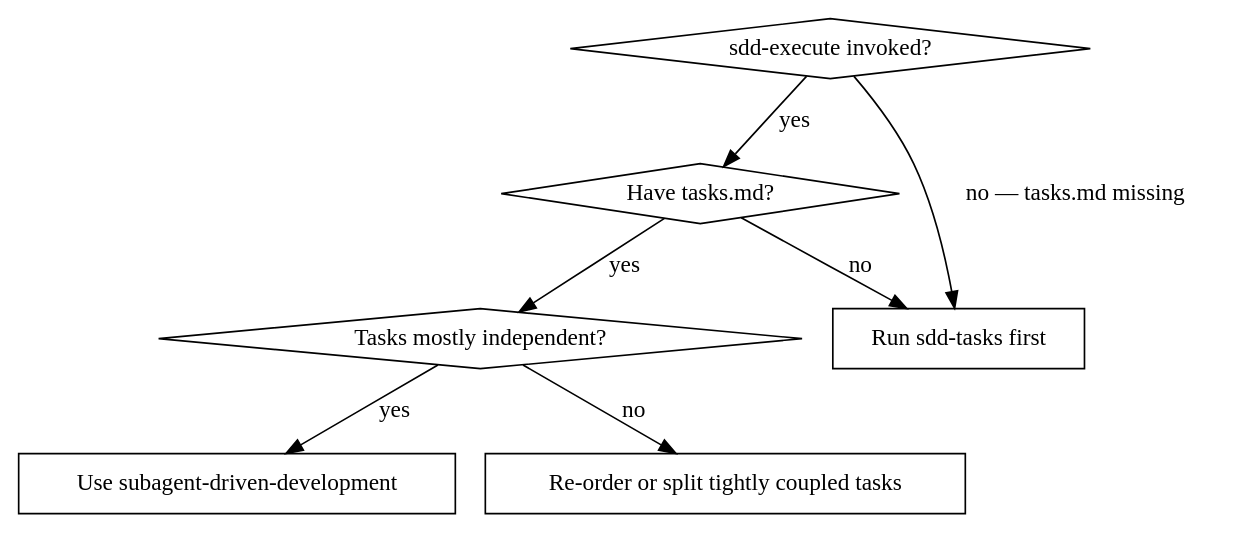
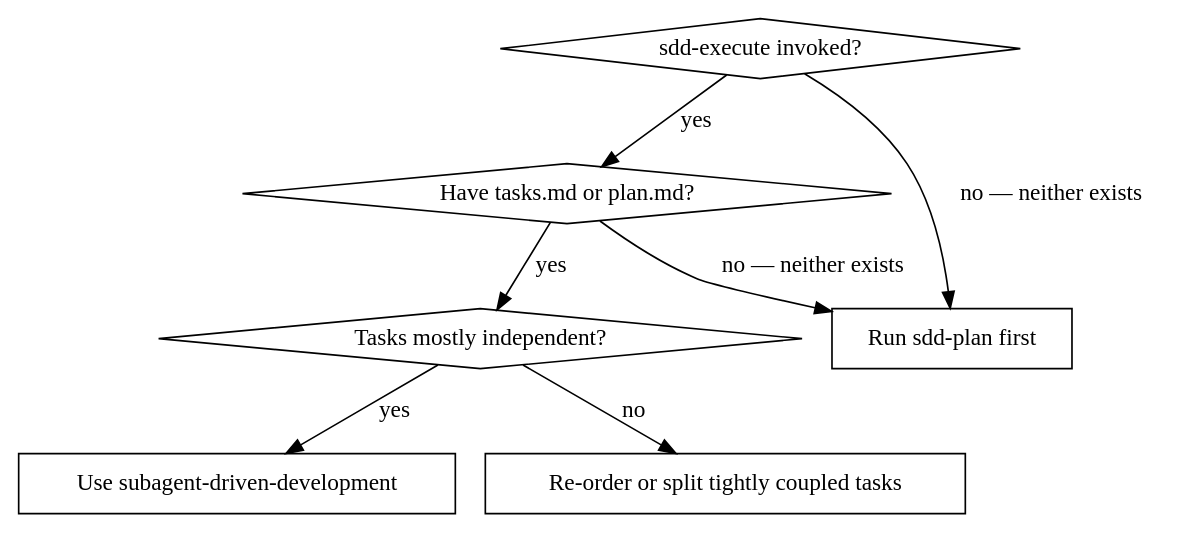
Before and after one commit to hllj/sdd-superpowers: the first of 2 diagrams in skills/subagent-driven-development/SKILL.md, drawn with Graphviz. The commit also changed other lines of this file and 11 other files, not shown here.

First line of the commit message:
feat(018): eliminate sdd-tasks — sdd-execute drives implementation directly from plan.md (#33)

````diff
--- a/skills/subagent-driven-development/SKILL.md
+++ b/skills/subagent-driven-development/SKILL.md
@@ -28,17 +28,17 @@
 ```dot
 digraph when_to_use {
     "sdd-execute invoked?" [shape=diamond];
-    "Have tasks.md?" [shape=diamond];
+    "Have tasks.md or plan.md?" [shape=diamond];
     "Tasks mostly independent?" [shape=diamond];
     "Use subagent-driven-development" [shape=box];
-    "Run sdd-tasks first" [shape=box];
+    "Run sdd-plan first" [shape=box];
     "Re-order or split tightly coupled tasks" [shape=box];
 
-    "sdd-execute invoked?" -> "Have tasks.md?" [label="yes"];
-    "sdd-execute invoked?" -> "Run sdd-tasks first" [label="no — tasks.md missing"];
-    "Have tasks.md?" -> "Tasks mostly independent?" [label="yes"];
-    "Have tasks.md?" -> "Run sdd-tasks first" [label="no"];
+    "sdd-execute invoked?" -> "Have tasks.md or plan.md?" [label="yes"];
+    "sdd-execute invoked?" -> "Run sdd-plan first" [label="no — neither exists"];
+    "Have tasks.md or plan.md?" -> "Tasks mostly independent?" [label="yes"];
+    "Have tasks.md or plan.md?" -> "Run sdd-plan first" [label="no — neither exists"];
     "Tasks mostly independent?" -> "Use subagent-driven-development" [label="yes"];
     "Tasks mostly independent?" -> "Re-order or split tightly coupled tasks" [label="no"];
 }
 ```
````
